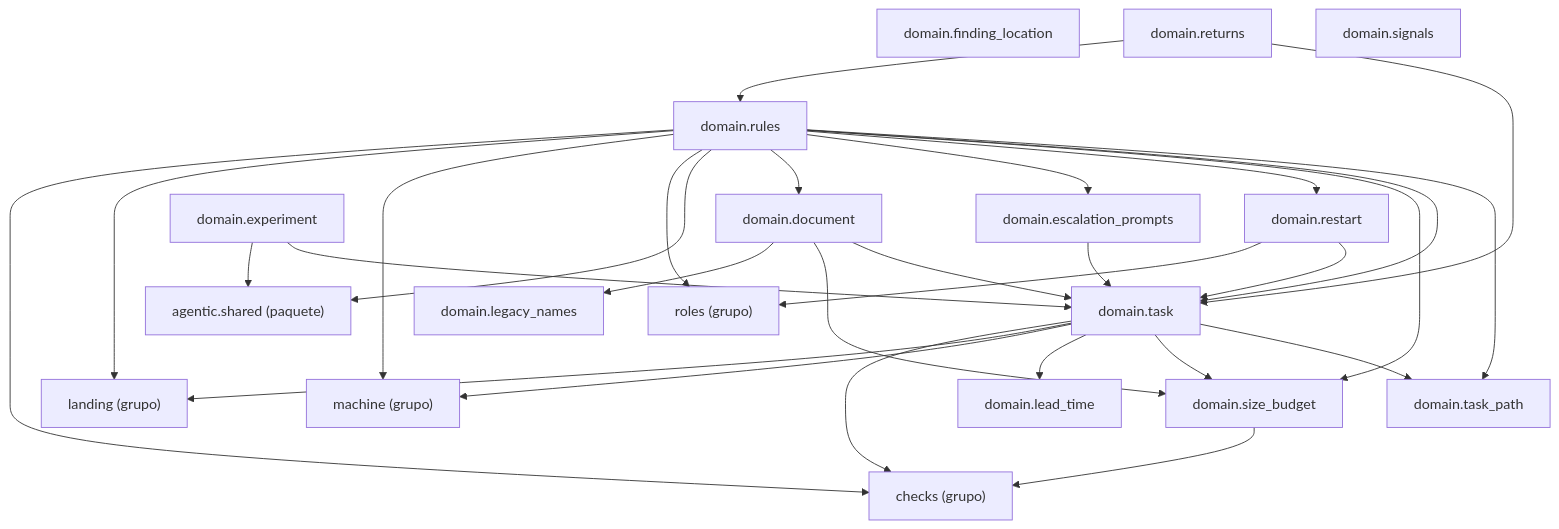
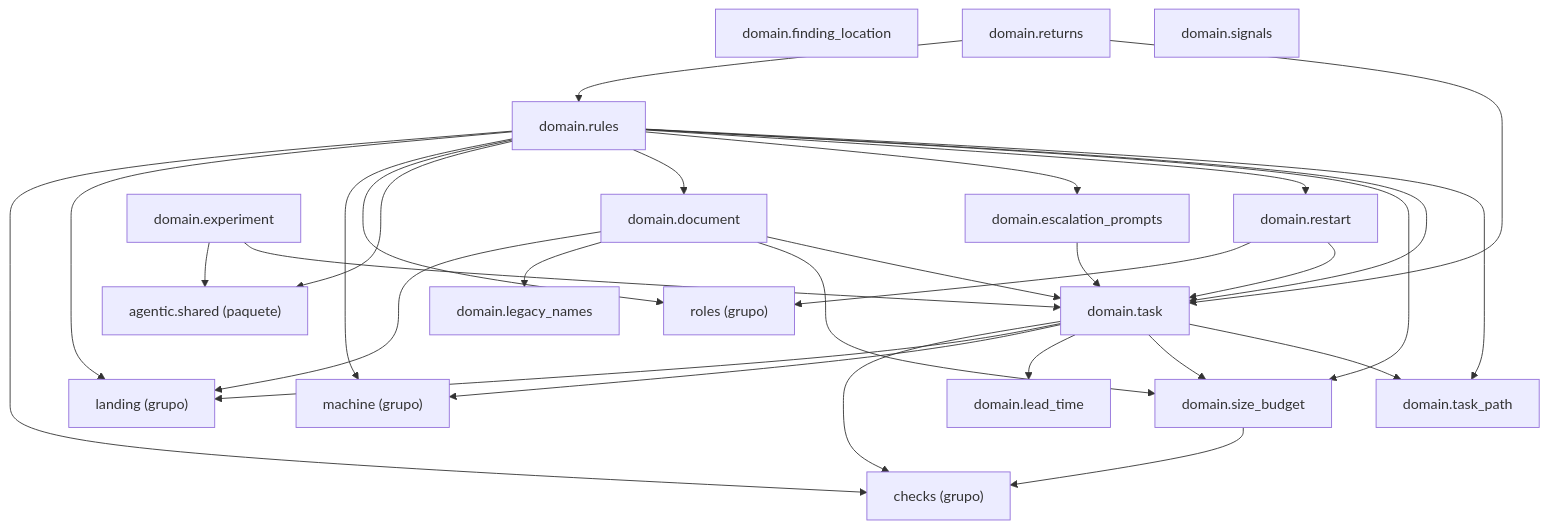
Before and after one commit to GonzaloZevallos/agentic-system: the diagram in docs/architecture/generated/packages-process-domain-state.md, drawn with Mermaid. The commit also changed 8 other files, not shown here.

````diff
--- a/docs/architecture/generated/packages-process-domain-state.md
+++ b/docs/architecture/generated/packages-process-domain-state.md
@@ -11,49 +11,50 @@
 ```mermaid
 graph TD
     g_domain__checks["checks (grupo)"]
     g_domain__landing["landing (grupo)"]
     g_domain__machine["machine (grupo)"]
     g_domain__roles["roles (grupo)"]
     g_pkg__agentic__shared["agentic.shared (paquete)"]
     m_domain__document["domain.document"]
     m_domain__escalation_prompts["domain.escalation_prompts"]
     m_domain__experiment["domain.experiment"]
     m_domain__finding_location["domain.finding_location"]
     m_domain__lead_time["domain.lead_time"]
     m_domain__legacy_names["domain.legacy_names"]
     m_domain__restart["domain.restart"]
     m_domain__returns["domain.returns"]
     m_domain__rules["domain.rules"]
     m_domain__signals["domain.signals"]
     m_domain__size_budget["domain.size_budget"]
     m_domain__task["domain.task"]
     m_domain__task_path["domain.task_path"]
+    m_domain__document --> g_domain__landing
     m_domain__document --> m_domain__legacy_names
     m_domain__document --> m_domain__size_budget
     m_domain__document --> m_domain__task
     m_domain__escalation_prompts --> m_domain__task
     m_domain__experiment --> g_pkg__agentic__shared
     m_domain__experiment --> m_domain__task
     m_domain__restart --> g_domain__roles
     m_domain__restart --> m_domain__task
     m_domain__returns --> m_domain__rules
     m_domain__returns --> m_domain__task
     m_domain__rules --> g_domain__checks
     m_domain__rules --> g_domain__landing
     m_domain__rules --> g_domain__machine
     m_domain__rules --> g_domain__roles
     m_domain__rules --> g_pkg__agentic__shared
     m_domain__rules --> m_domain__document
     m_domain__rules --> m_domain__escalation_prompts
     m_domain__rules --> m_domain__restart
     m_domain__rules --> m_domain__size_budget
     m_domain__rules --> m_domain__task
     m_domain__rules --> m_domain__task_path
     m_domain__size_budget --> g_domain__checks
     m_domain__task --> g_domain__checks
     m_domain__task --> g_domain__landing
     m_domain__task --> g_domain__machine
     m_domain__task --> m_domain__lead_time
     m_domain__task --> m_domain__size_budget
     m_domain__task --> m_domain__task_path
 ```
````
